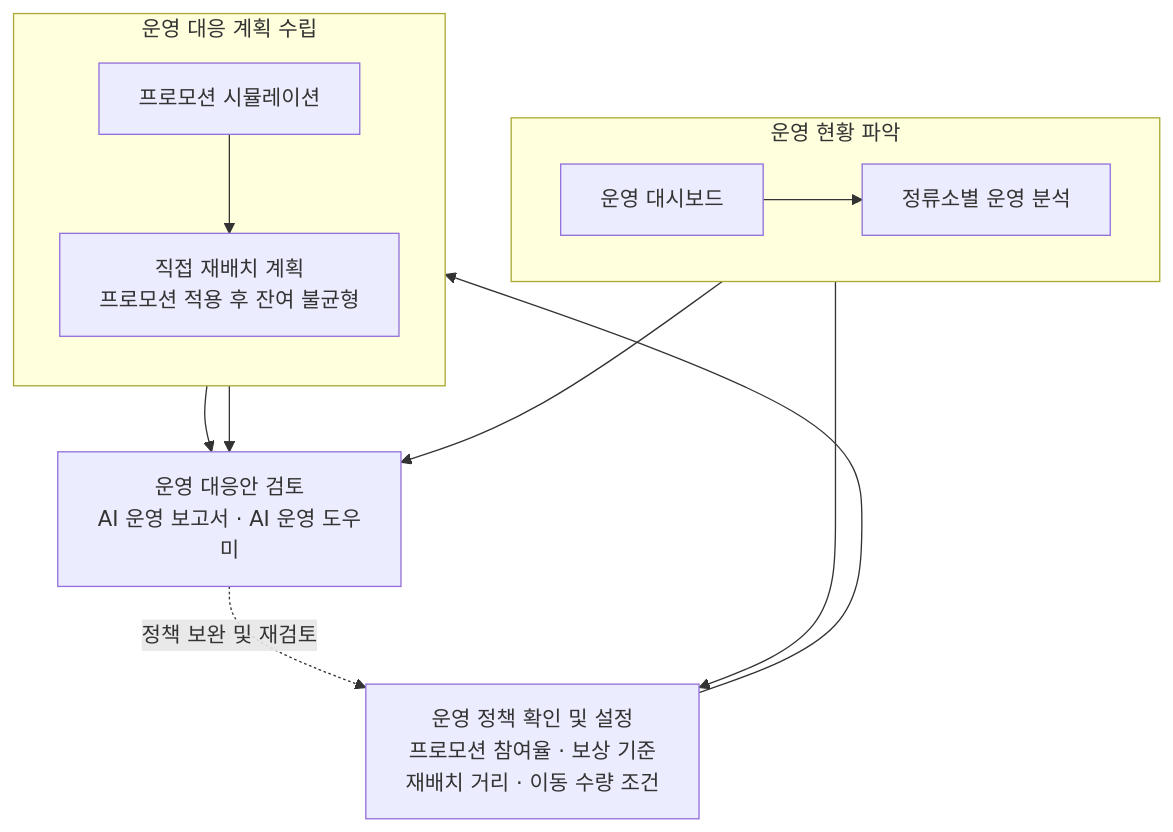
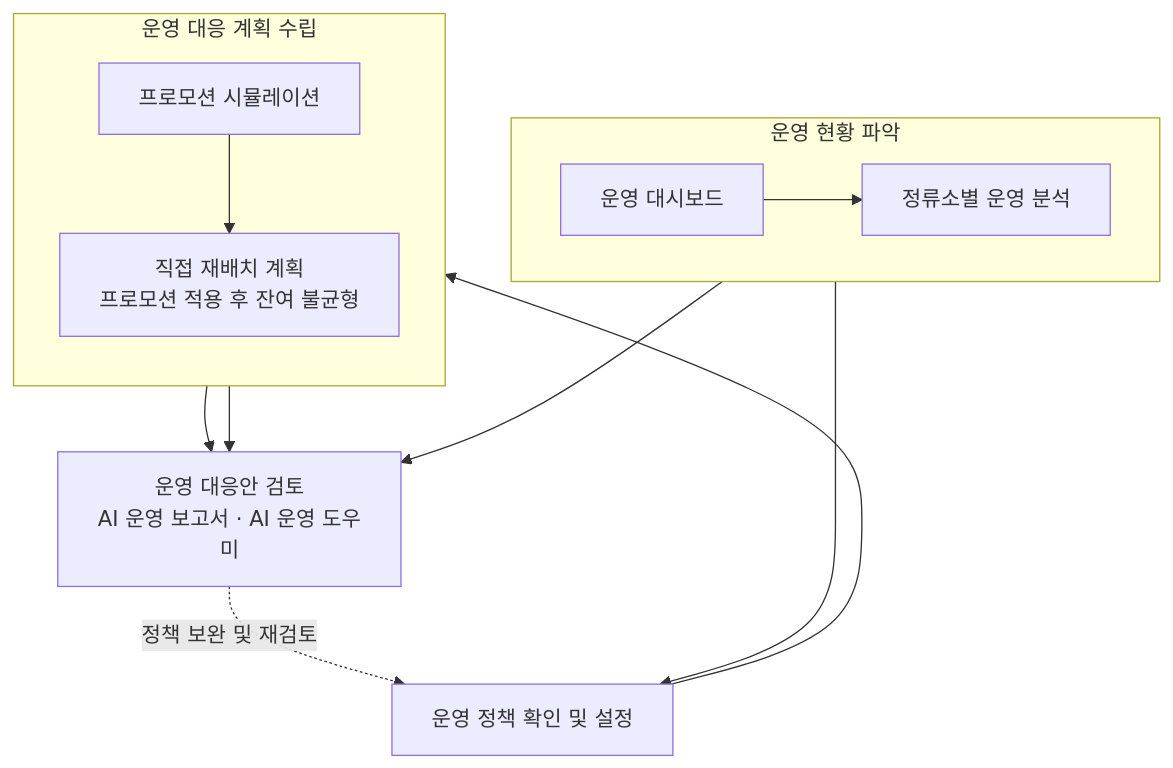
One commit to DDylan05/GoruFleet changed the first of 2 diagrams in readme.md. Above: the diagram before and after it, drawn with Mermaid.

````diff
--- a/readme.md
+++ b/readme.md
@@ -78,32 +78,32 @@
 ```mermaid
 flowchart TB
 
     subgraph MONITOR["운영 현황 파악"]
         direction LR
         DASH["운영 대시보드"]
         STATION["정류소별 운영 분석"]
 
         DASH --> STATION
     end
 
-    POLICY["운영 정책 확인 및 설정<br/>프로모션 참여율 · 보상 기준<br/>재배치 거리 · 이동 수량 조건"]
+    POLICY["운영 정책 확인 및 설정"]
 
     subgraph PLAN["운영 대응 계획 수립"]
         direction TB
         PROMO["프로모션 시뮬레이션"]
         RELOC["직접 재배치 계획<br/>프로모션 적용 후 잔여 불균형"]
 
         PROMO --> RELOC
     end
 
     REVIEW["운영 대응안 검토<br/>AI 운영 보고서 · AI 운영 도우미"]
 
     STATION --> POLICY
     POLICY --> PROMO
 
     STATION --> REVIEW
     PROMO --> REVIEW
     RELOC --> REVIEW
 
     REVIEW -.->|정책 보완 및 재검토| POLICY
 ```
````
